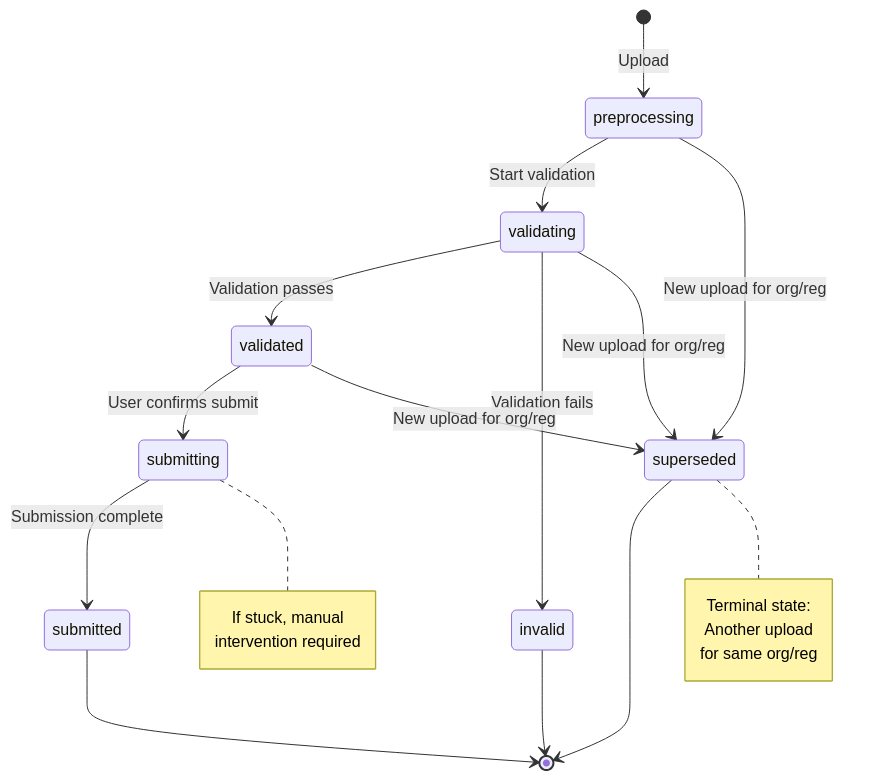
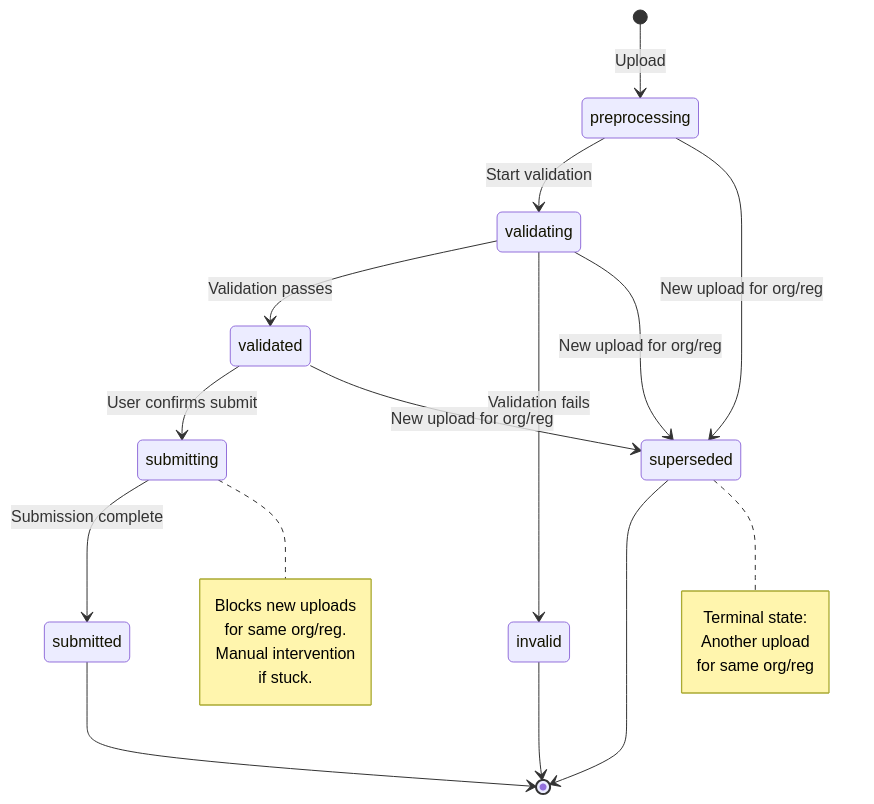
One commit to DEFRA/epr-backend changed the second of 6 diagrams in docs/architecture/decisions/0021-concurrent-summary-log-submission.md. Above: the diagram before and after it, drawn with Mermaid. The commit also changed other lines of this file, not shown here.

Commit message:
docs: disallow uploads during submission in ADR 21

````diff
--- a/docs/architecture/decisions/0021-concurrent-summary-log-submission.md
+++ b/docs/architecture/decisions/0021-concurrent-summary-log-submission.md
@@ -87,28 +88,30 @@
 ```mermaid
 stateDiagram-v2
     [*] --> preprocessing: Upload
     preprocessing --> validating: Start validation
     validating --> validated: Validation passes
     validating --> invalid: Validation fails
     validated --> submitting: User confirms submit
     submitting --> submitted: Submission complete
 
     preprocessing --> superseded: New upload for org/reg
     validating --> superseded: New upload for org/reg
     validated --> superseded: New upload for org/reg
 
     invalid --> [*]
     superseded --> [*]
     submitted --> [*]
 
     note right of superseded
         Terminal state:
         Another upload
         for same org/reg
     end note
 
     note right of submitting
-        If stuck, manual
-        intervention required
+        Blocks new uploads
+        for same org/reg.
+        Manual intervention
+        if stuck.
     end note
 ```
````
